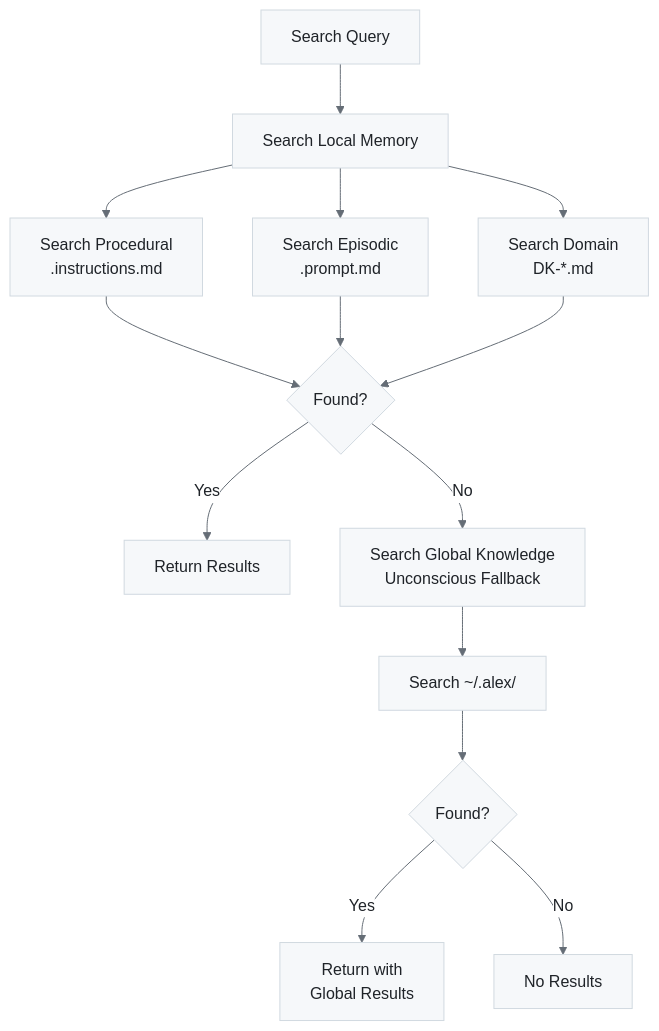
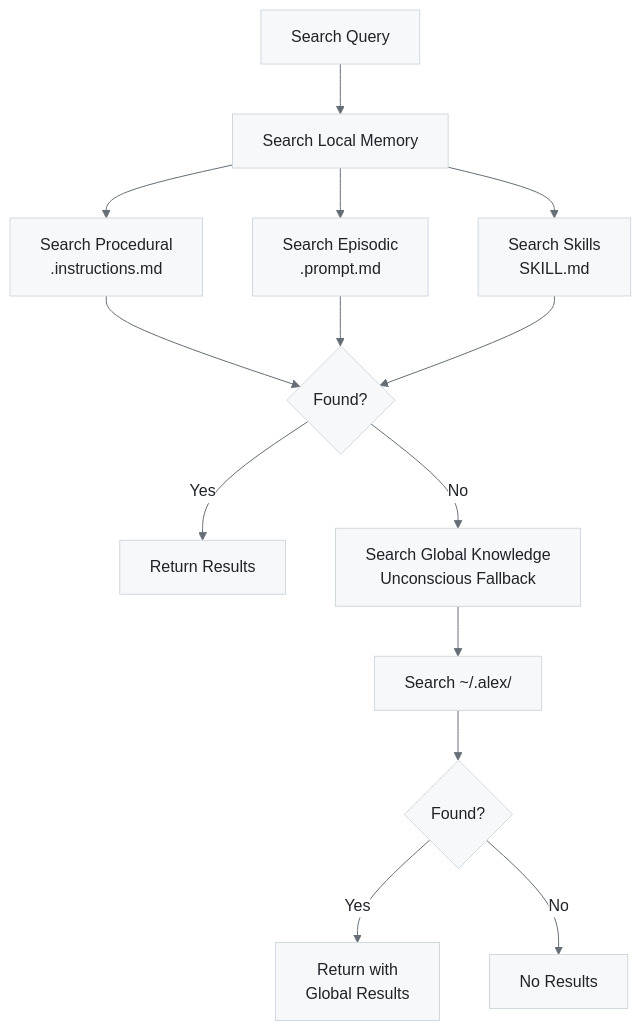
Before and after one commit to fabioc-aloha/Alex_Plug_In: the third of 4 diagrams in alex_docs/MEMORY-SYSTEMS.md, drawn with Mermaid. The commit also changed other lines of this file and 158 other files, not shown here.

First line of the commit message:
docs: Epic architecture consistency update (v3.7.3)

````diff
--- a/alex_docs/MEMORY-SYSTEMS.md
+++ b/alex_docs/MEMORY-SYSTEMS.md
@@ -328,24 +336,24 @@
 ```mermaid
 %%{init: {'theme': 'base', 'themeVariables': { 'primaryColor': '#f6f8fa', 'primaryTextColor': '#1f2328', 'primaryBorderColor': '#d1d9e0', 'lineColor': '#656d76', 'secondaryColor': '#f6f8fa', 'tertiaryColor': '#ffffff', 'background': '#ffffff', 'mainBkg': '#f6f8fa', 'nodeBorder': '#d1d9e0', 'clusterBkg': '#f6f8fa', 'clusterBorder': '#d1d9e0', 'titleColor': '#1f2328', 'edgeLabelBackground': '#ffffff'}}}%%
 flowchart TD
     QUERY[Search Query]
 
     QUERY --> LOCAL[Search Local Memory]
 
     LOCAL --> PM_SEARCH[Search Procedural<br/>.instructions.md]
     LOCAL --> EM_SEARCH[Search Episodic<br/>.prompt.md]
-    LOCAL --> DK_SEARCH[Search Domain<br/>DK-*.md]
+    LOCAL --> SK_SEARCH[Search Skills<br/>SKILL.md]
 
     PM_SEARCH --> RESULTS{Found?}
     EM_SEARCH --> RESULTS
-    DK_SEARCH --> RESULTS
+    SK_SEARCH --> RESULTS
 
     RESULTS -->|Yes| RETURN[Return Results]
     RESULTS -->|No| GLOBAL[Search Global Knowledge<br/>Unconscious Fallback]
 
     GLOBAL --> GK_SEARCH[Search ~/.alex/]
     GK_SEARCH --> GK_RESULTS{Found?}
 
     GK_RESULTS -->|Yes| AUGMENT[Return with<br/>Global Results]
     GK_RESULTS -->|No| EMPTY[No Results]
 ```
````
